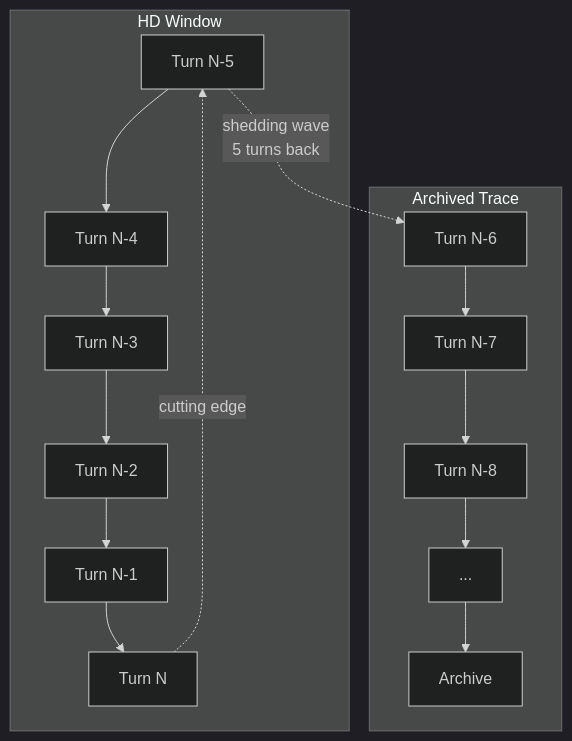
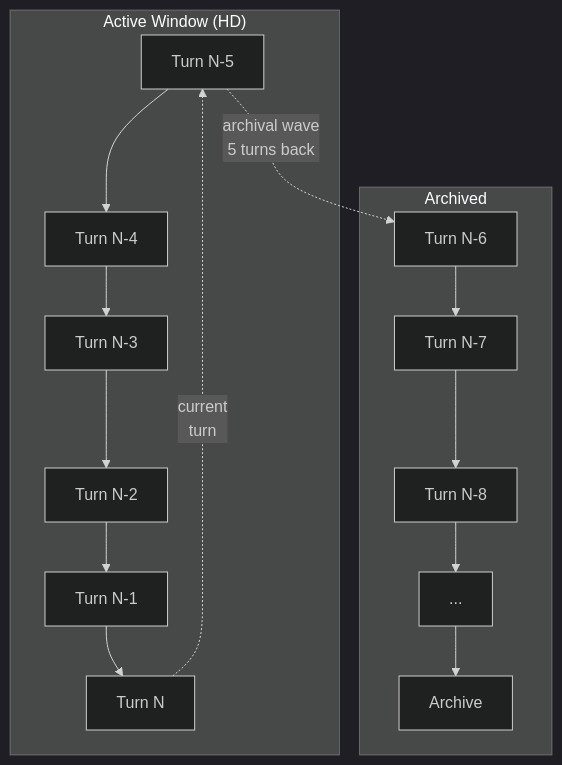
The fourth of 8 diagrams in docs/ARCHITECTURE.md (Redna/talos_runtime), drawn with Mermaid (dark theme) before and after one commit. The commit also changed other lines of this file, not shown here.

Commit message:
Rewrite architecture doc: formal style, reduced biological references

````diff
--- a/docs/ARCHITECTURE.md
+++ b/docs/ARCHITECTURE.md
@@ -91,12 +81,12 @@
 ```mermaid
 graph TB
-    subgraph "HD Window"
+    subgraph "Active Window (HD)"
         N5["Turn N-5"] --> N4["Turn N-4"] --> N3["Turn N-3"] --> N2["Turn N-2"] --> N1["Turn N-1"] --> N0["Turn N"]
     end
-    subgraph "Archived Trace"
+    subgraph "Archived"
         O1["Turn N-6"] --> O2["Turn N-7"] --> O3["Turn N-8"] --> O4["..."] --> O5["Archive"]
     end
     
-    N0 -.->|"cutting edge"| N5
-    N5 -.->|"shedding wave<br/>5 turns back"| O1
+    N0 -.->|"current<br/>turn"| N5
+    N5 -.->|"archival wave<br/>5 turns back"| O1
 ```
````
